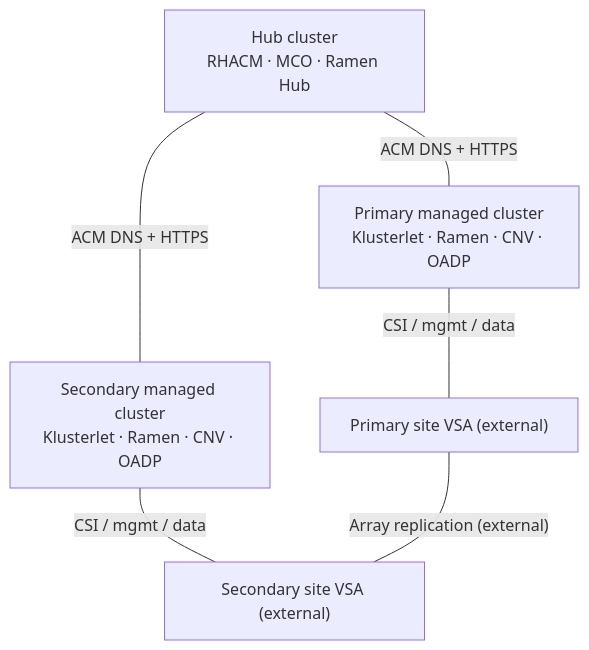
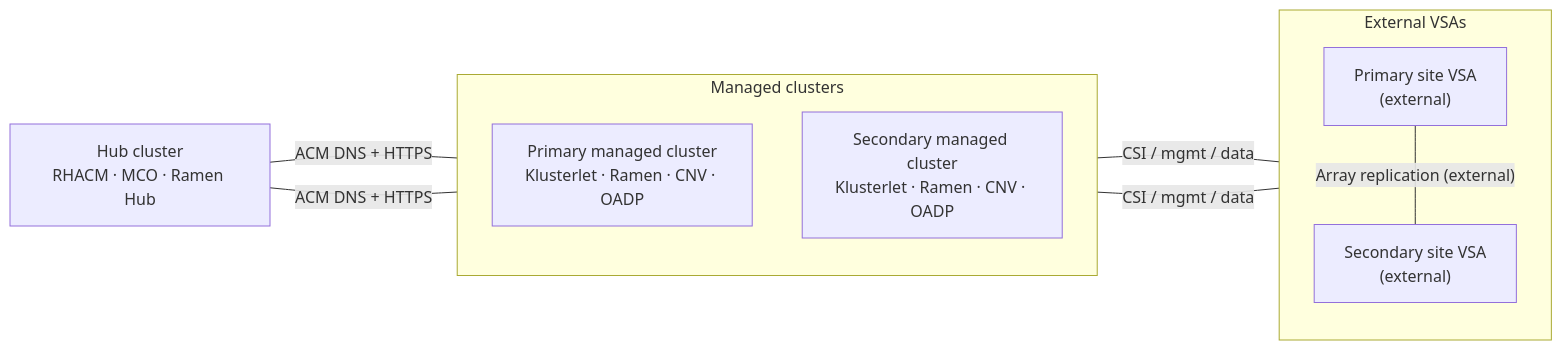
The fifth of 5 diagrams in docs/ramendr-hub-managed-connectivity.md (OAharoni-RedHat/ramendr-starter-kit), drawn with Mermaid before and after one commit. The commit also changed other lines of this file and 1 other file, not shown here.

Commit message:
Align diagrams and handle link problems

````diff
--- a/docs/ramendr-hub-managed-connectivity.md
+++ b/docs/ramendr-hub-managed-connectivity.md
@@ -95,14 +95,22 @@
 ```mermaid
-flowchart TB
+flowchart LR
   Hub["Hub cluster<br/>RHACM · MCO · Ramen Hub"]
-  Primary["Primary managed cluster<br/>Klusterlet · Ramen · CNV · OADP"]
-  Secondary["Secondary managed cluster<br/>Klusterlet · Ramen · CNV · OADP"]
-  VSA1["Primary site VSA (external)"]
-  VSA2["Secondary site VSA (external)"]
+
+  subgraph clusters["Managed clusters"]
+    direction TB
+    Primary["Primary managed cluster<br/>Klusterlet · Ramen · CNV · OADP"]
+    Secondary["Secondary managed cluster<br/>Klusterlet · Ramen · CNV · OADP"]
+  end
+
+  subgraph vsas["External VSAs"]
+    direction TB
+    VSA1["Primary site VSA<br/>(external)"]
+    VSA2["Secondary site VSA<br/>(external)"]
+  end
 
   Hub ---|"ACM DNS + HTTPS"| Primary
   Hub ---|"ACM DNS + HTTPS"| Secondary
   Primary ---|"CSI / mgmt / data"| VSA1
   Secondary ---|"CSI / mgmt / data"| VSA2
   VSA1 ---|"Array replication (external)"| VSA2
 ```
````
